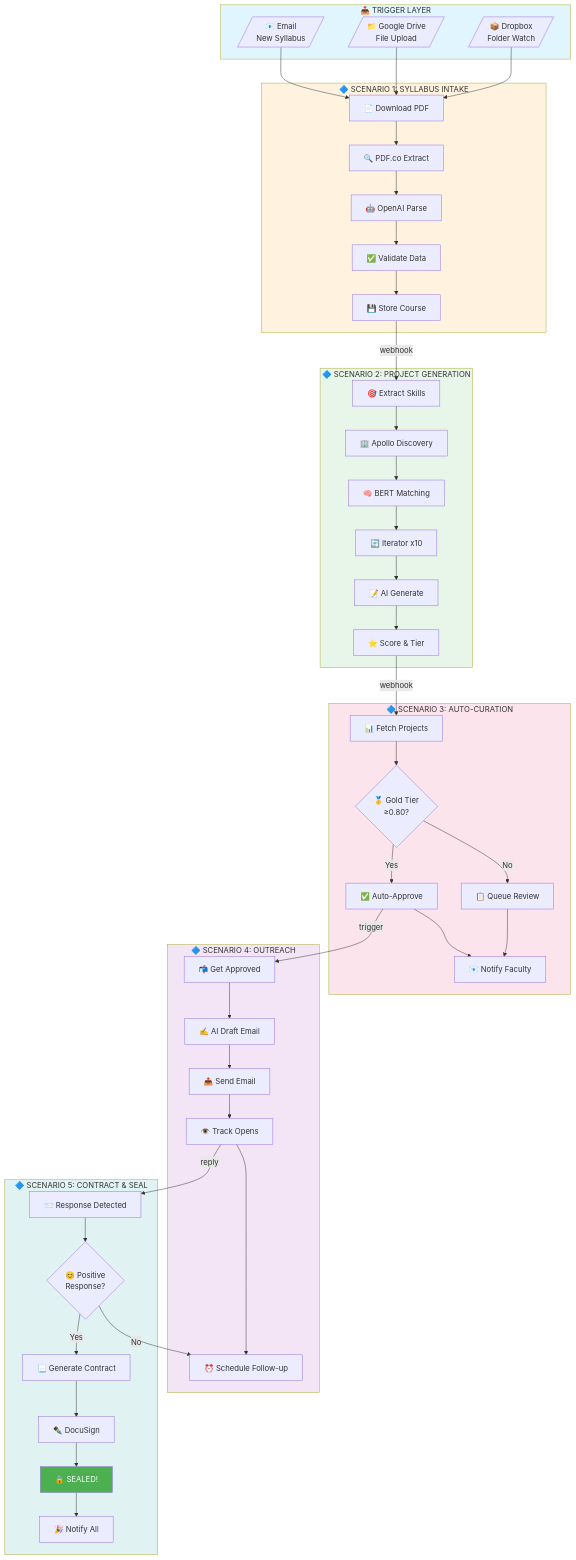
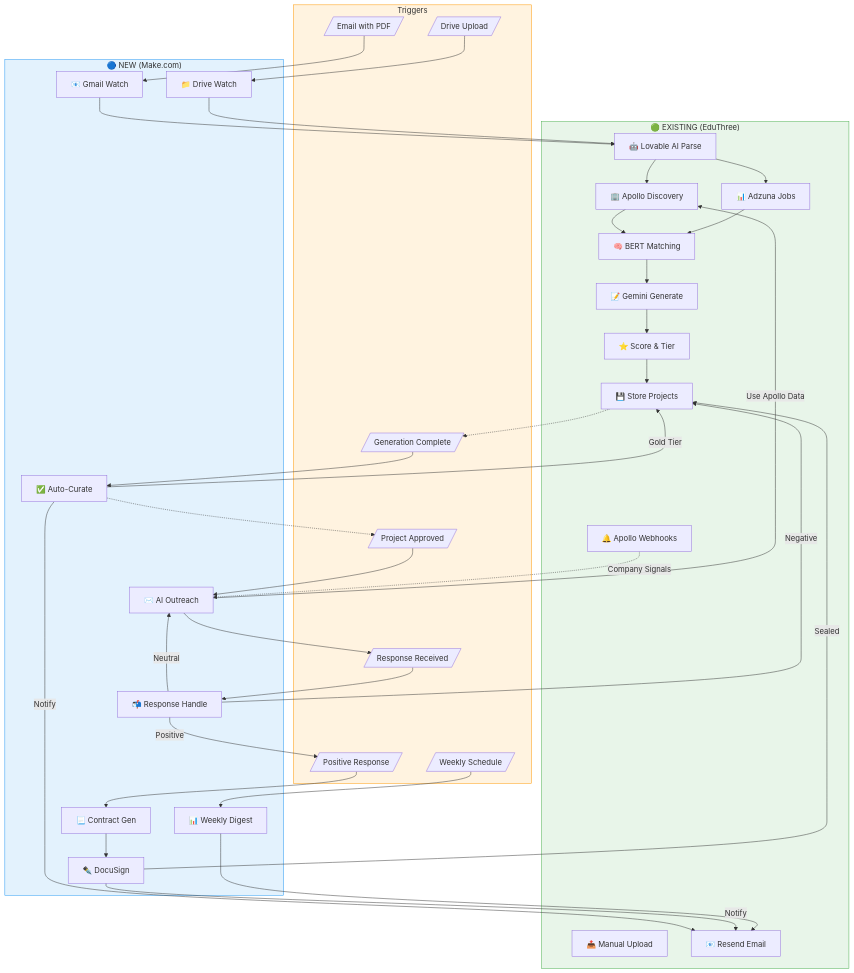
One commit to shashwatphd-ai/projectify-syllabus changed the diagram in MAKE_AUTOMATION_WORKFLOW_REPORT.md. Above: the diagram before and after it, drawn with Mermaid. The commit also changed other lines of this file, not shown here.

First line of the commit message:
Update Make.com report with accurate codebase analysis (v2)

````diff
--- a/MAKE_AUTOMATION_WORKFLOW_REPORT.md
+++ b/MAKE_AUTOMATION_WORKFLOW_REPORT.md
@@ -681,82 +531,69 @@
 ```mermaid
 flowchart TB
-    subgraph TRIGGER["📥 TRIGGER LAYER"]
-        E[/"📧 Email<br/>New Syllabus"/]
-        G[/"📁 Google Drive<br/>File Upload"/]
-        D[/"📦 Dropbox<br/>Folder Watch"/]
+    subgraph EXISTING["🟢 EXISTING (EduThree)"]
+        E1["📤 Manual Upload"]
+        E2["🤖 Lovable AI Parse"]
+        E3["🏢 Apollo Discovery"]
+        E4["📊 Adzuna Jobs"]
+        E5["🧠 BERT Matching"]
+        E6["📝 Gemini Generate"]
+        E7["⭐ Score & Tier"]
+        E8["💾 Store Projects"]
+        E9["📧 Resend Email"]
+        E10["🔔 Apollo Webhooks"]
     end
 
-    subgraph S1["🔷 SCENARIO 1: SYLLABUS INTAKE"]
-        S1A["📄 Download PDF"]
-        S1B["🔍 PDF.co Extract"]
-        S1C["🤖 OpenAI Parse"]
-        S1D["✅ Validate Data"]
-        S1E["💾 Store Course"]
+    subgraph MAKECOM["🔵 NEW (Make.com)"]
+        M1["📧 Gmail Watch"]
+        M2["📁 Drive Watch"]
+        M3["✅ Auto-Curate"]
+        M4["✉️ AI Outreach"]
+        M5["📬 Response Handle"]
+        M6["📃 Contract Gen"]
+        M7["✒️ DocuSign"]
+        M8["📊 Weekly Digest"]
     end
 
-    subgraph S2["🔷 SCENARIO 2: PROJECT GENERATION"]
-        S2A["🎯 Extract Skills"]
-        S2B["🏢 Apollo Discovery"]
-        S2C["🧠 BERT Matching"]
-        S2D["🔄 Iterator x10"]
-        S2E["📝 AI Generate"]
-        S2F["⭐ Score & Tier"]
+    subgraph TRIGGERS["Triggers"]
+        T1[/"Email with PDF"/]
+        T2[/"Drive Upload"/]
+        T3[/"Generation Complete"/]
+        T4[/"Project Approved"/]
+        T5[/"Response Received"/]
+        T6[/"Positive Response"/]
+        T7[/"Weekly Schedule"/]
     end
 
-    subgraph S3["🔷 SCENARIO 3: AUTO-CURATION"]
-        S3A["📊 Fetch Projects"]
-        S3B{"🥇 Gold Tier<br/>≥0.80?"}
-        S3C["✅ Auto-Approve"]
-        S3D["📋 Queue Review"]
-        S3E["📧 Notify Faculty"]
-    end
+    T1 --> M1 --> E2
+    T2 --> M2 --> E2
+    E2 --> E3 & E4
+    E3 & E4 --> E5 --> E6 --> E7 --> E8
 
-    subgraph S4["🔷 SCENARIO 4: OUTREACH"]
-        S4A["📬 Get Approved"]
-        S4B["✍️ AI Draft Email"]
-        S4C["📤 Send Email"]
-        S4D["👁️ Track Opens"]
-        S4E["⏰ Schedule Follow-up"]
-    end
+    T3 --> M3
+    E8 -.-> T3
+    M3 -->|Gold Tier| E8
+    M3 -->|Notify| E9
 
-    subgraph S5["🔷 SCENARIO 5: CONTRACT & SEAL"]
-        S5A["📨 Response Detected"]
-        S5B{"😊 Positive<br/>Response?"}
-        S5C["📃 Generate Contract"]
-        S5D["✒️ DocuSign"]
-        S5E["🔒 SEALED!"]
-        S5F["🎉 Notify All"]
-    end
+    T4 --> M4
+    M3 -.-> T4
+    M4 -->|"Use Apollo Data"| E3
+    M4 --> T5
 
-    E --> S1A
-    G --> S1A
-    D --> S1A
-    S1A --> S1B --> S1C --> S1D --> S1E
+    T5 --> M5
+    M5 -->|Positive| T6
+    M5 -->|Neutral| M4
+    M5 -->|Negative| E8
 
-    S1E -->|webhook| S2A
-    S2A --> S2B --> S2C --> S2D --> S2E --> S2F
+    T6 --> M6 --> M7
+    M7 -->|Sealed| E8
+    M7 -->|Notify| E9
 
-    S2F -->|webhook| S3A
-    S3A --> S3B
-    S3B -->|Yes| S3C
-    S3B -->|No| S3D
-    S3C --> S3E
-    S3D --> S3E
+    T7 --> M8
+    M8 --> E9
 
-    S3C -->|trigger| S4A
-    S4A --> S4B --> S4C --> S4D --> S4E
+    E10 -.->|"Company Signals"| M4
 
-    S4D -->|reply| S5A
-    S5A --> S5B
-    S5B -->|Yes| S5C
-    S5B -->|No| S4E
-    S5C --> S5D --> S5E --> S5F
-
-    style TRIGGER fill:#e1f5fe
-    style S1 fill:#fff3e0
-    style S2 fill:#e8f5e9
-    style S3 fill:#fce4ec
-    style S4 fill:#f3e5f5
-    style S5 fill:#e0f2f1
-    style S5E fill:#4caf50,color:#fff
+    style EXISTING fill:#e8f5e9,stroke:#4caf50
+    style MAKECOM fill:#e3f2fd,stroke:#2196f3
+    style TRIGGERS fill:#fff3e0,stroke:#ff9800
 ```
````
